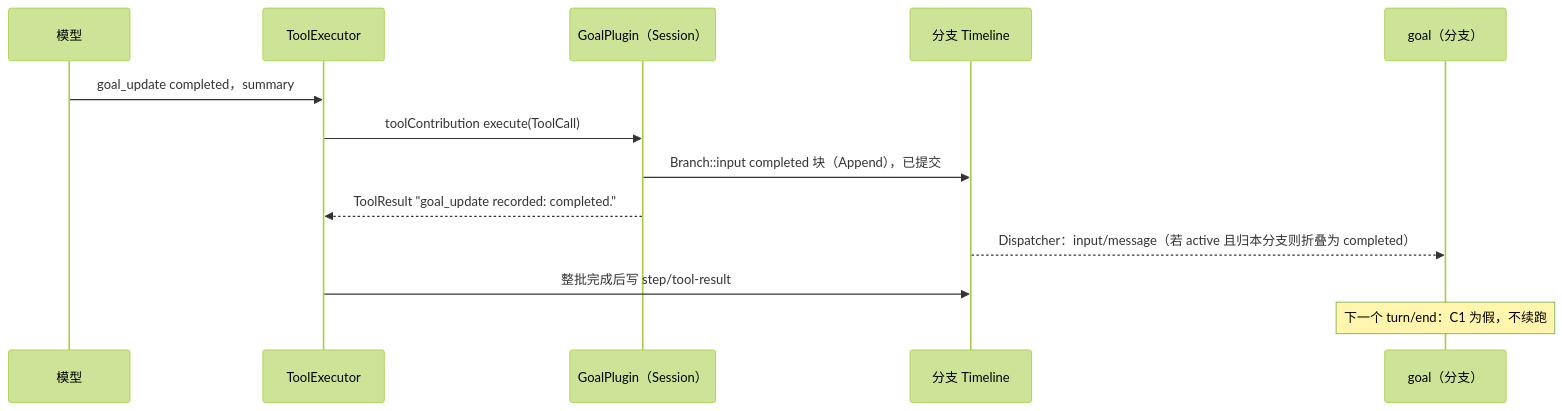
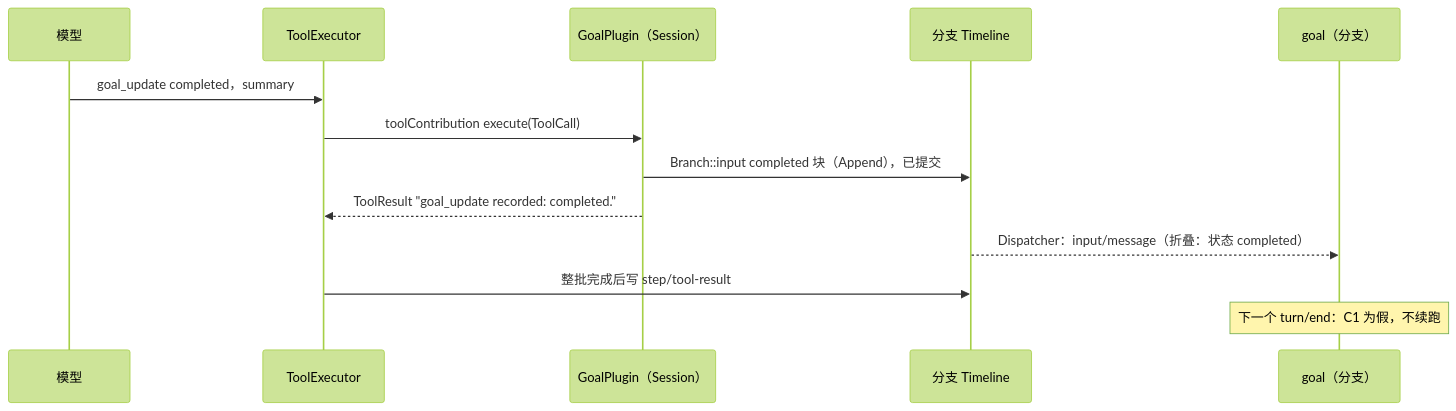
The fourth of 6 diagrams in docs/zh/design/plugins/Goal.md (CoutinhoTTS/dim-agent), drawn with Mermaid (forest theme) before and after one commit. The commit also changed other lines of this file and 17 other files, not shown here.

````diff
--- a/docs/zh/design/plugins/Goal.md
+++ b/docs/zh/design/plugins/Goal.md
@@ -128,15 +128,15 @@
 ```mermaid
 sequenceDiagram
   participant Model as 模型
   participant TE as ToolExecutor
   participant GS as GoalPlugin（Session）
   participant TL as 分支 Timeline
   participant G as goal（分支）
   Model->>TE: goal_update completed，summary
   TE->>GS: toolContribution execute(ToolCall)
   GS->>TL: Branch::input completed 块（Append），已提交
   GS-->>TE: ToolResult "goal_update recorded: completed."
-  TL-->>G: Dispatcher：input/message（若 active 且归本分支则折叠为 completed）
+  TL-->>G: Dispatcher：input/message（折叠：状态 completed）
   TE->>TL: 整批完成后写 step/tool-result
   Note over G: 下一个 turn/end：C1 为假，不续跑
 ```
````
